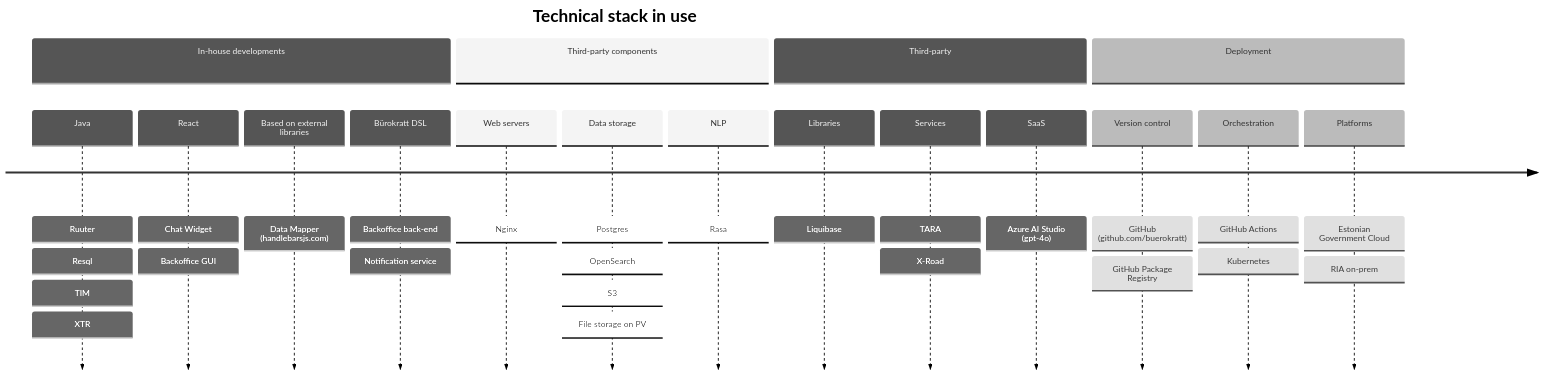
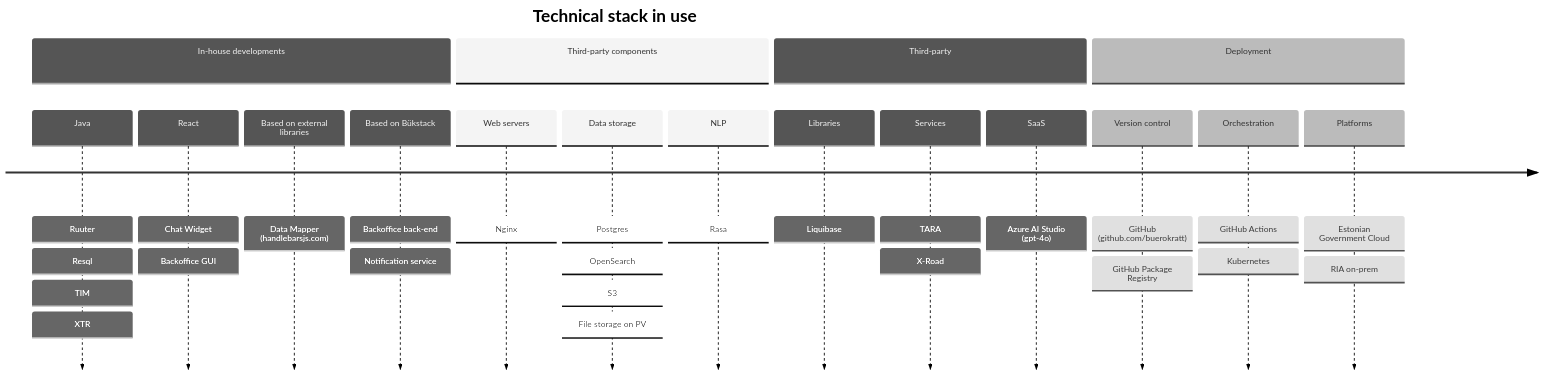
One commit to buerokratt/buerokratt changed the diagram in docs/technical-stack.md. Above: the diagram before and after it, drawn with Mermaid (neutral theme).

Commit message:
Typo fix -- "Bürokratt DSL" -> "Based on Bükstack"

````diff
--- a/docs/technical-stack.md
+++ b/docs/technical-stack.md
@@ -19,37 +19,37 @@
 ```mermaid
 timeline
     title Technical stack in use
 
     section In-house developments
         Java    :   Ruuter
                 :   Resql
                 :   TIM
                 :   XTR
         React   :   Chat Widget
                 :   Backoffice GUI
         Based on external libraries :   Data Mapper<br>(handlebarsjs.com)
-        Bürokratt DSL   :   Backoffice back-end
-                        :   Notification service
+        Based on Bükstack   :   Backoffice back-end
+                            :   Notification service
 
     section Third-party components
         Web servers :   Nginx
         Data storage    :   Postgres
                         :   OpenSearch
                         :   S3
                         :   File storage on PV
         NLP :   Rasa
     
     section Third-party
         Libraries   :   Liquibase
         Services    :   TARA
                     :   X-Road
         SaaS        :   Azure AI Studio (gpt-4o)
     
     section Deployment
         Version control :   GitHub (github.com/buerokratt)
                         :   GitHub Package Registry
         Orchestration   :   GitHub Actions
                         :   Kubernetes
         Platforms       :   Estonian Government Cloud
                         :   RIA on-prem
 ```
````
